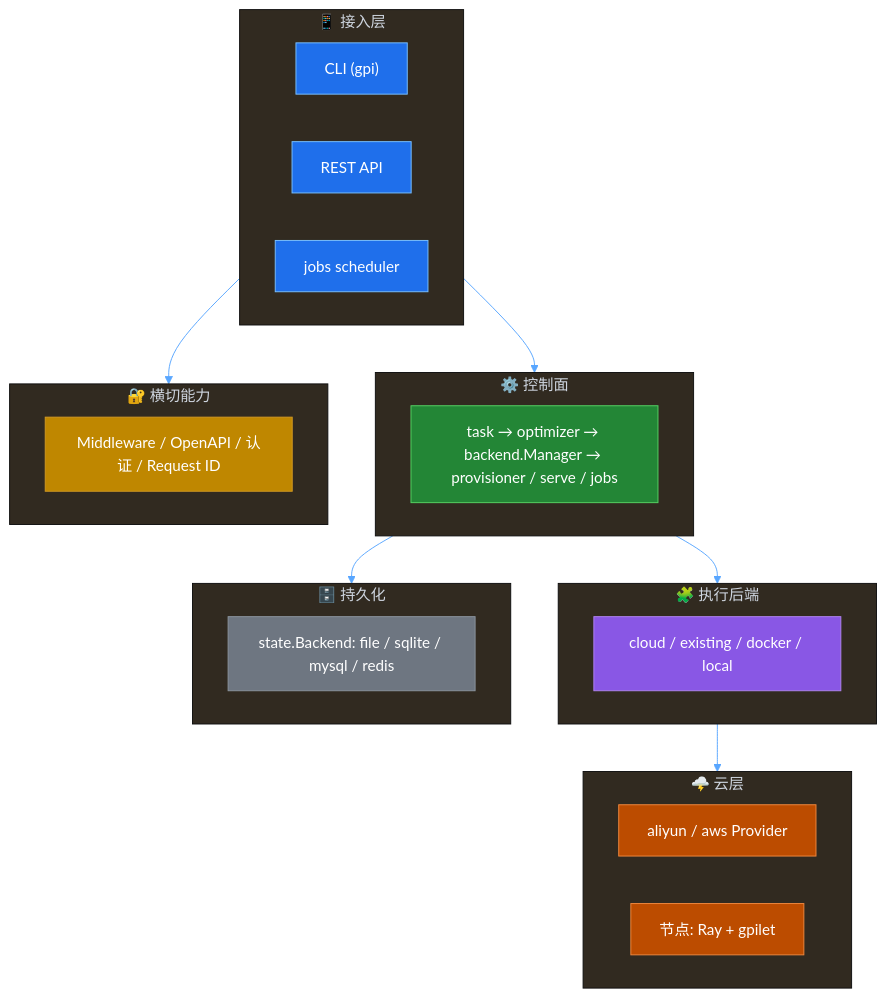
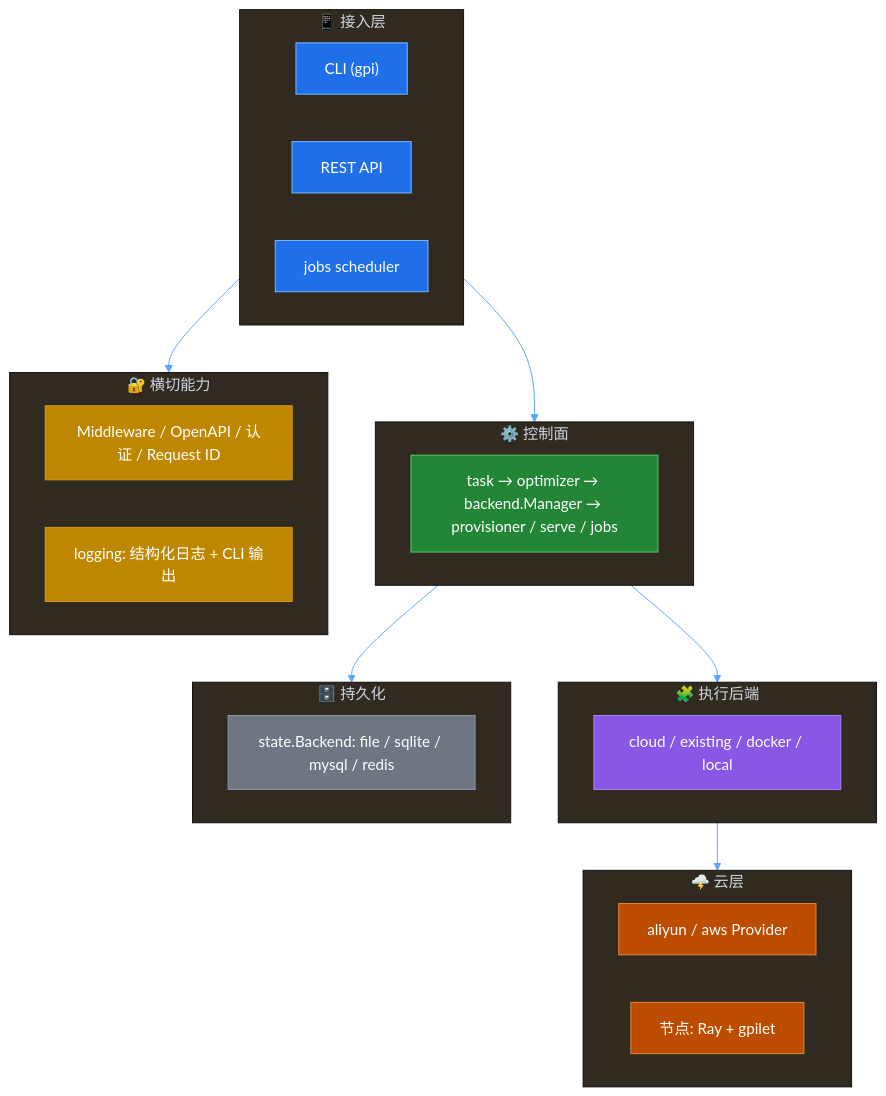
Before and after one commit to acmestack/gpi: the second of 2 diagrams in docs/zh/gpi-architecture.md, drawn with Mermaid. The commit also changed other lines of this file and 4 other files, not shown here.

First line of the commit message:
docs: fix root README relative links and add logging to architecture diagrams

````diff
--- a/docs/zh/gpi-architecture.md
+++ b/docs/zh/gpi-architecture.md
@@ -122,47 +124,48 @@
 ```mermaid
 %%{init: {"theme": "base", "themeVariables": {
   "primaryColor": "#161b22",
   "primaryTextColor": "#e6edf3",
   "primaryBorderColor": "#30363d",
   "lineColor": "#58a6ff"
 }}}%%
 flowchart TB
     subgraph L["📱 接入层"]
         A1["CLI (gpi)"] & A2["REST API"] & A3["jobs scheduler"]
     end
     subgraph M["⚙️ 控制面"]
         B1["task → optimizer → backend.Manager → provisioner / serve / jobs"]
     end
     subgraph E["🧩 执行后端"]
         C1["cloud / existing / docker / local"]
     end
     subgraph P["🌩️ 云层"]
         D1["aliyun / aws Provider"]
         D2["节点: Ray + gpilet"]
     end
     subgraph S["🗄️ 持久化"]
         F1["state.Backend: file / sqlite / mysql / redis"]
     end
     subgraph X["🔐 横切能力"]
         G1["Middleware / OpenAPI / 认证 / Request ID"]
+        G2["logging: 结构化日志 + CLI 输出"]
     end
 
     L --> M
     M --> E
     E --> P
     M --> S
     L --> X
 
     classDef layer fill:#1f6feb,stroke:#79c0ff,color:#fff;
     classDef control fill:#238636,stroke:#56d364,color:#fff;
     classDef exec fill:#8957e5,stroke:#b083f0,color:#fff;
     classDef prov fill:#bc4c00,stroke:#f0883e,color:#fff;
     classDef store fill:#6e7681,stroke:#8b949e,color:#fff;
     classDef cross fill:#bf8700,stroke:#d29922,color:#fff;
     class A1,A2,A3 layer;
     class B1 control;
     class C1 exec;
     class D1,D2 prov;
     class F1 store;
-    class G1 cross;
+    class G1,G2 cross;
 ```
````
